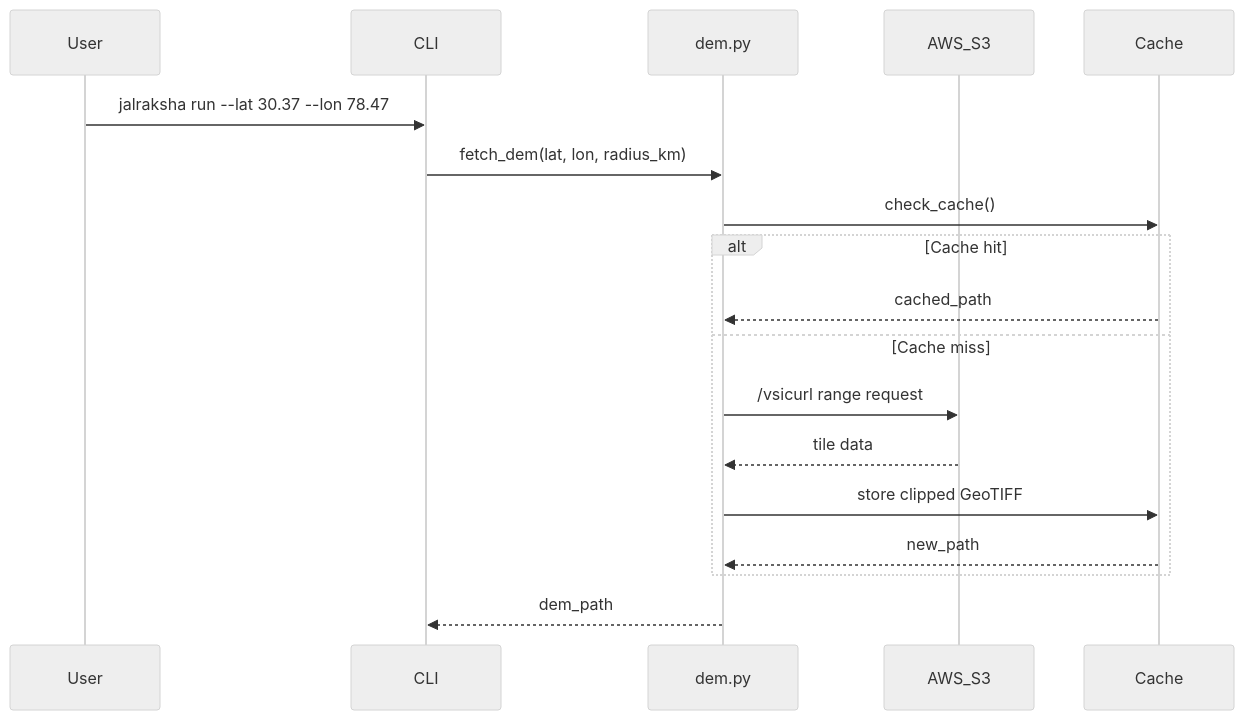
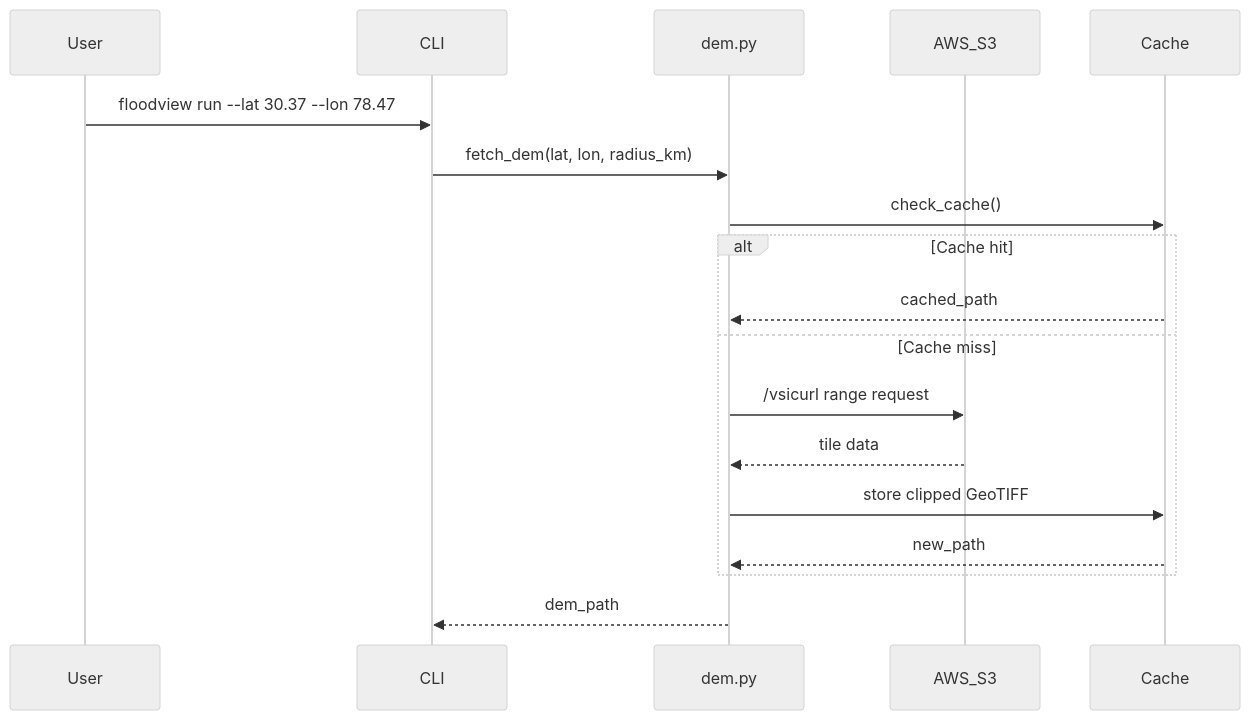
The second of 3 diagrams in report.md (SatyajeetChavan30/SIH-prototype), drawn with Mermaid (neutral theme) before and after one commit. The commit also changed other lines of this file and 207 other files, not shown here.

````diff
--- a/report.md
+++ b/report.md
@@ -549,21 +549,21 @@
 ```mermaid
 sequenceDiagram
     participant User
     participant CLI
     participant DEM_Fetch as dem.py
     participant AWS_S3
     participant Cache
     
-    User->>CLI: jalraksha run --lat 30.37 --lon 78.47
+    User->>CLI: floodview run --lat 30.37 --lon 78.47
     CLI->>DEM_Fetch: fetch_dem(lat, lon, radius_km)
     DEM_Fetch->>Cache: check_cache()
     alt Cache hit
         Cache-->>DEM_Fetch: cached_path
     else Cache miss
         DEM_Fetch->>AWS_S3: /vsicurl range request
         AWS_S3-->>DEM_Fetch: tile data
         DEM_Fetch->>Cache: store clipped GeoTIFF
         Cache-->>DEM_Fetch: new_path
     end
     DEM_Fetch-->>CLI: dem_path
 ```
````
